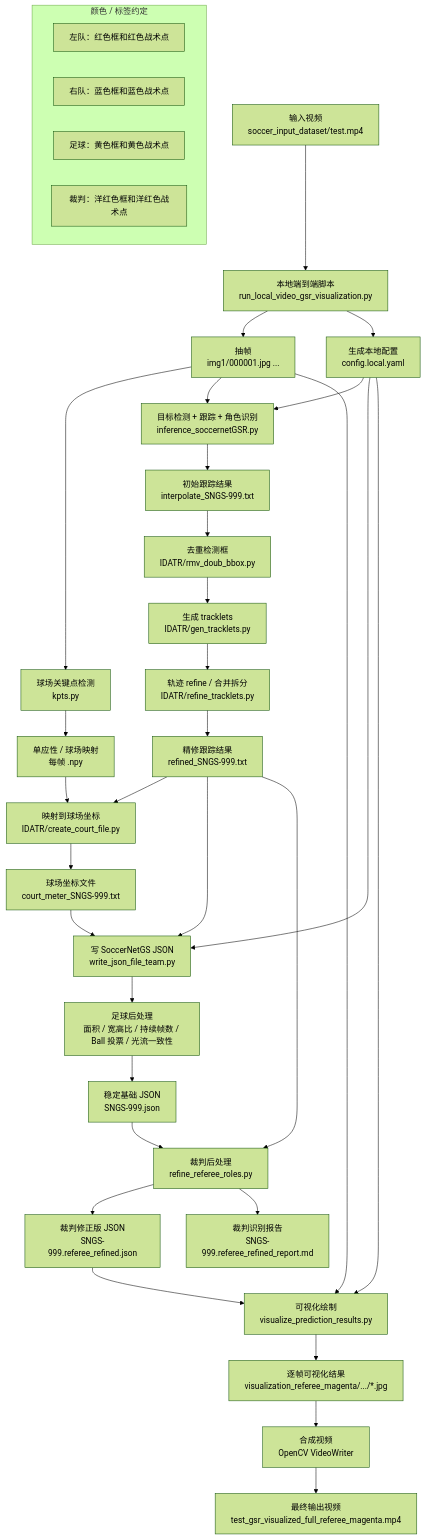
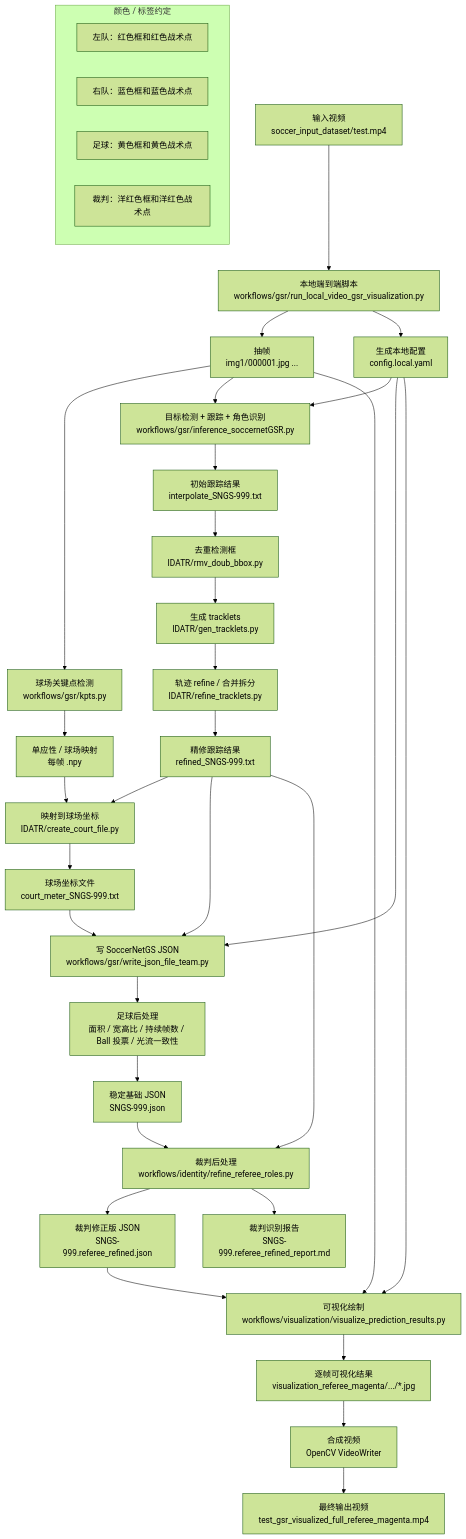
One commit to hualian0927/soccer changed the first of 2 diagrams in docs/soccernetgsr_pipeline_flowchart.md. Above: the diagram before and after it, drawn with Mermaid (forest theme). The commit also changed other lines of this file and 131 other files, not shown here.

````diff
--- a/docs/soccernetgsr_pipeline_flowchart.md
+++ b/docs/soccernetgsr_pipeline_flowchart.md
@@ -11,50 +11,50 @@
 ```mermaid
 flowchart TD
-    A["输入视频<br/>soccer_input_dataset/test.mp4"] --> B["本地端到端脚本<br/>run_local_video_gsr_visualization.py"]
+    A["输入视频<br/>soccer_input_dataset/test.mp4"] --> B["本地端到端脚本<br/>workflows/gsr/run_local_video_gsr_visualization.py"]
 
     B --> C["抽帧<br/>img1/000001.jpg ..."]
     B --> D["生成本地配置<br/>config.local.yaml"]
 
-    C --> E["球场关键点检测<br/>kpts.py"]
+    C --> E["球场关键点检测<br/>workflows/gsr/kpts.py"]
     E --> F["单应性 / 球场映射<br/>每帧 .npy"]
 
-    C --> G["目标检测 + 跟踪 + 角色识别<br/>inference_soccernetGSR.py"]
+    C --> G["目标检测 + 跟踪 + 角色识别<br/>workflows/gsr/inference_soccernetGSR.py"]
     D --> G
     G --> H["初始跟踪结果<br/>interpolate_SNGS-999.txt"]
 
     H --> I["去重检测框<br/>IDATR/rmv_doub_bbox.py"]
     I --> J["生成 tracklets<br/>IDATR/gen_tracklets.py"]
     J --> K["轨迹 refine / 合并拆分<br/>IDATR/refine_tracklets.py"]
     K --> L["精修跟踪结果<br/>refined_SNGS-999.txt"]
 
     L --> M["映射到球场坐标<br/>IDATR/create_court_file.py"]
     F --> M
     M --> N["球场坐标文件<br/>court_meter_SNGS-999.txt"]
 
-    L --> O["写 SoccerNetGS JSON<br/>write_json_file_team.py"]
+    L --> O["写 SoccerNetGS JSON<br/>workflows/gsr/write_json_file_team.py"]
     N --> O
     D --> O
 
     O --> P["足球后处理<br/>面积 / 宽高比 / 持续帧数 / Ball 投票 / 光流一致性"]
     P --> Q["稳定基础 JSON<br/>SNGS-999.json"]
 
-    Q --> R["裁判后处理<br/>refine_referee_roles.py"]
+    Q --> R["裁判后处理<br/>workflows/identity/refine_referee_roles.py"]
     L --> R
     R --> S["裁判修正版 JSON<br/>SNGS-999.referee_refined.json"]
     R --> T["裁判识别报告<br/>SNGS-999.referee_refined_report.md"]
 
-    S --> U["可视化绘制<br/>visualize_prediction_results.py"]
+    S --> U["可视化绘制<br/>workflows/visualization/visualize_prediction_results.py"]
     C --> U
     D --> U
     U --> V["逐帧可视化结果<br/>visualization_referee_magenta/.../*.jpg"]
 
     V --> W["合成视频<br/>OpenCV VideoWriter"]
     W --> X["最终输出视频<br/>test_gsr_visualized_full_referee_magenta.mp4"]
 
     subgraph Legend["颜色 / 标签约定"]
         Y1["左队：红色框和红色战术点"]
         Y2["右队：蓝色框和蓝色战术点"]
         Y3["足球：黄色框和黄色战术点"]
         Y4["裁判：洋红色框和洋红色战术点"]
     end
 ```
````
